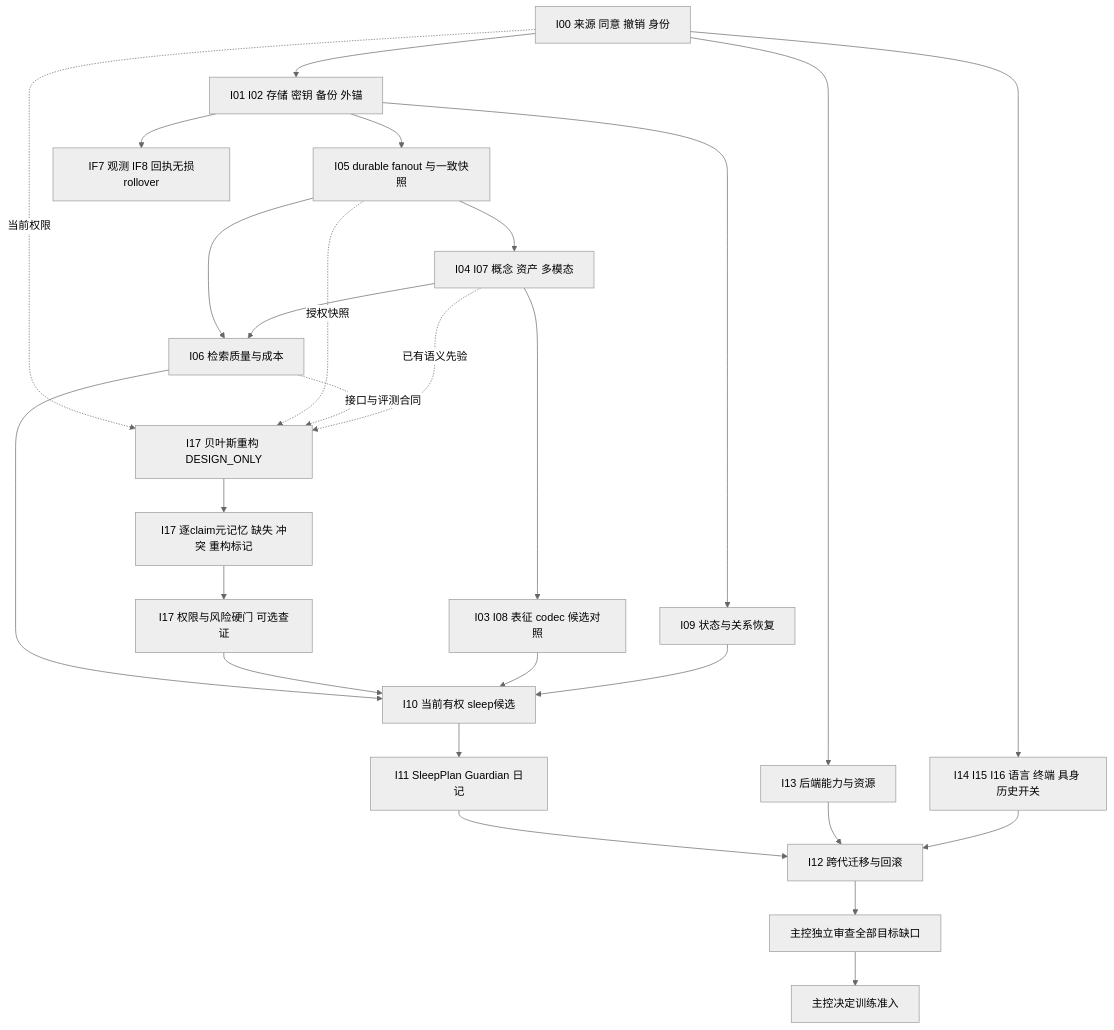
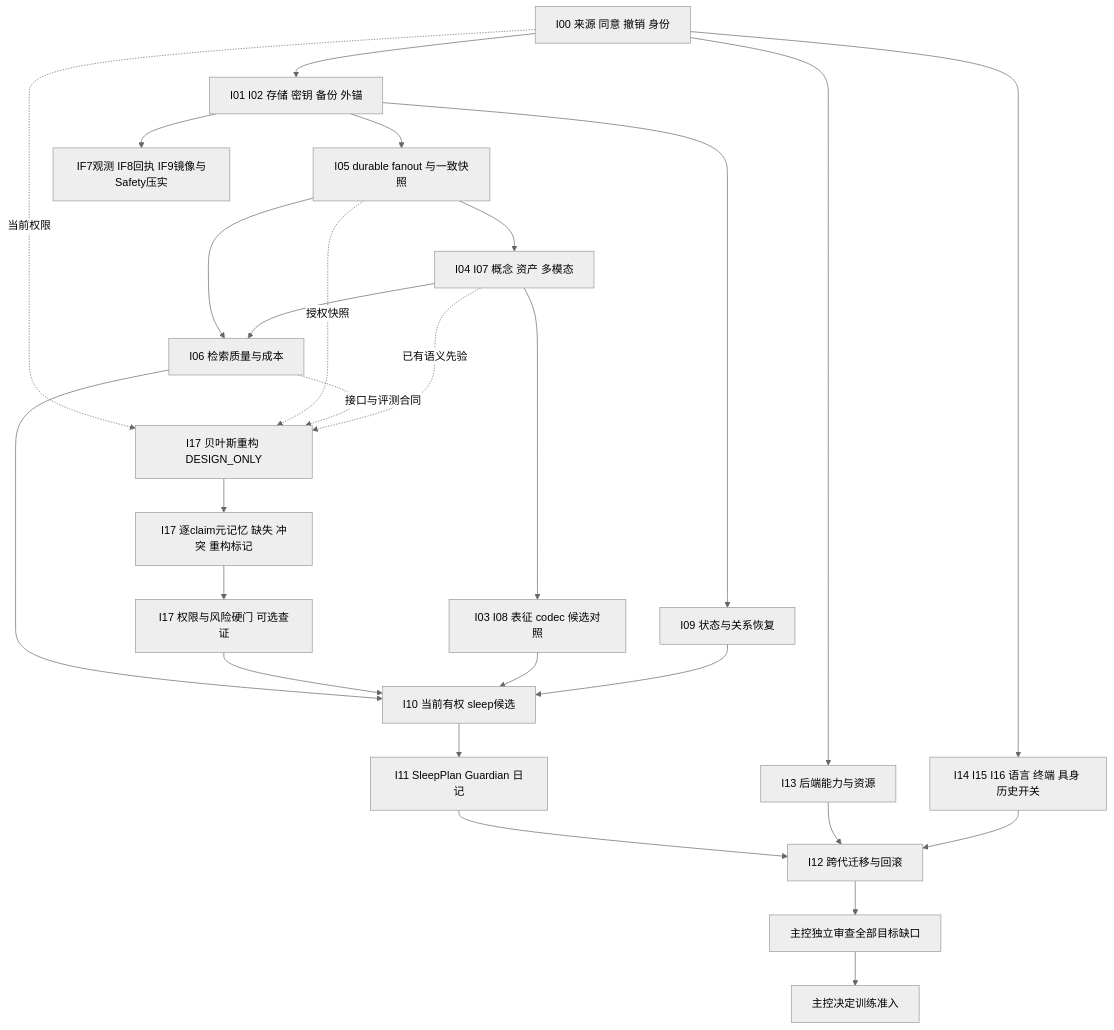
Before and after one commit to saigyujikingyo-png/companion-core: the diagram in docs/AEMC-INFRASTRUCTURE.md, drawn with Mermaid (neutral theme). The commit also changed other lines of this file and 17 other files, not shown here.

````diff
--- a/docs/AEMC-INFRASTRUCTURE.md
+++ b/docs/AEMC-INFRASTRUCTURE.md
@@ -44,29 +44,29 @@
 ```mermaid
 flowchart TD
   A[I00 来源 同意 撤销 身份] --> B[I01 I02 存储 密钥 备份 外锚]
   B --> C[I05 durable fanout 与一致快照]
-  B --> R[IF7 观测 IF8 回执无损rollover]
+  B --> R[IF7观测 IF8回执 IF9镜像与Safety压实]
   C --> D[I04 I07 概念 资产 多模态]
   C --> E[I06 检索质量与成本]
   B --> F[I09 状态与关系恢复]
   D --> E
   A -. 当前权限 .-> Q[I17 贝叶斯重构 DESIGN_ONLY]
   C -. 授权快照 .-> Q
   E -. 接口与评测合同 .-> Q
   D -. 已有语义先验 .-> Q
   Q --> V[I17 逐claim元记忆 缺失 冲突 重构标记]
   V --> W[I17 权限与风险硬门 可选查证]
   D --> G[I03 I08 表征 codec 候选对照]
   E --> H[I10 当前有权 sleep候选]
   W --> H
   G --> H
   F --> H
   H --> I[I11 SleepPlan Guardian 日记]
   A --> J[I13 后端能力与资源]
   A --> K[I14 I15 I16 语言 终端 具身 历史开关]
   I --> L[I12 跨代迁移与回滚]
   J --> L
   K --> L
   L --> M[主控独立审查全部目标缺口]
   M --> N[主控决定训练准入]
 ```
````
